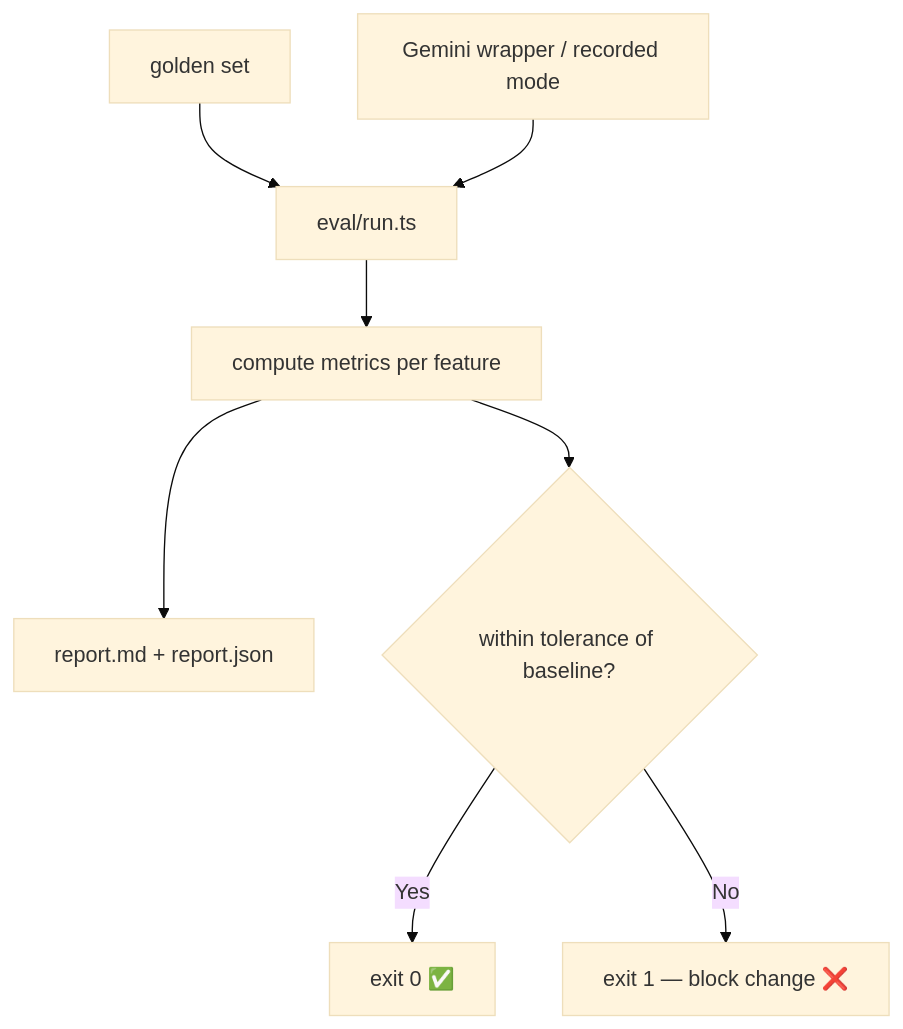
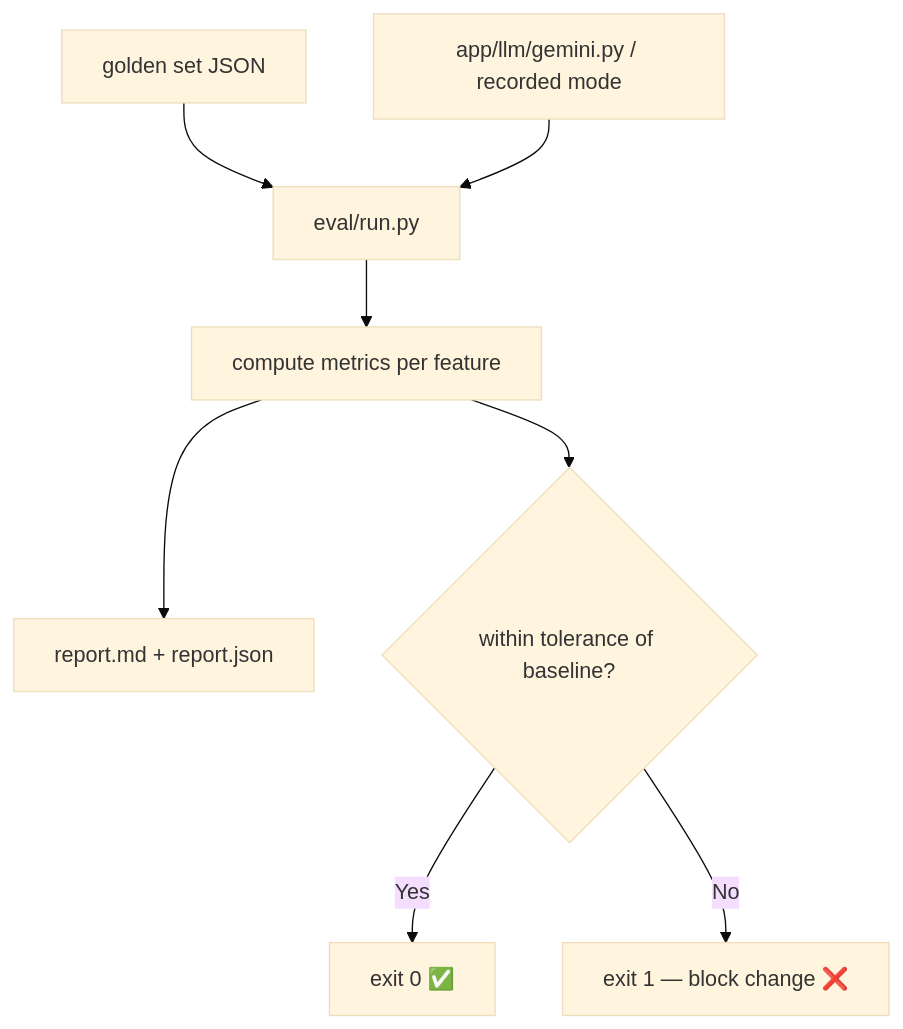
One commit to FixFlow-AI/FixFlow-AI-web changed the second of 2 diagrams in docs/specifications/ai_features/stories/AIE-04-ai-evaluation-harness.md. Above: the diagram before and after it, drawn with Mermaid (base theme). The commit also changed other lines of this file and 13 other files, not shown here.

````diff
--- a/docs/specifications/ai_features/stories/AIE-04-ai-evaluation-harness.md
+++ b/docs/specifications/ai_features/stories/AIE-04-ai-evaluation-harness.md
@@ -61,10 +61,10 @@
 ```mermaid
 flowchart TD
-    DS[golden set] --> RUN[eval/run.ts]
-    WRAP[Gemini wrapper / recorded mode] --> RUN
+    DS[golden set JSON] --> RUN[eval/run.py]
+    WRAP[app/llm/gemini.py / recorded mode] --> RUN
     RUN --> M[compute metrics per feature]
     M --> REP[report.md + report.json]
     M --> GATE{within tolerance of baseline?}
     GATE -->|Yes| PASS[exit 0 ✅]
     GATE -->|No| FAIL[exit 1 — block change ❌]
 ```
````
